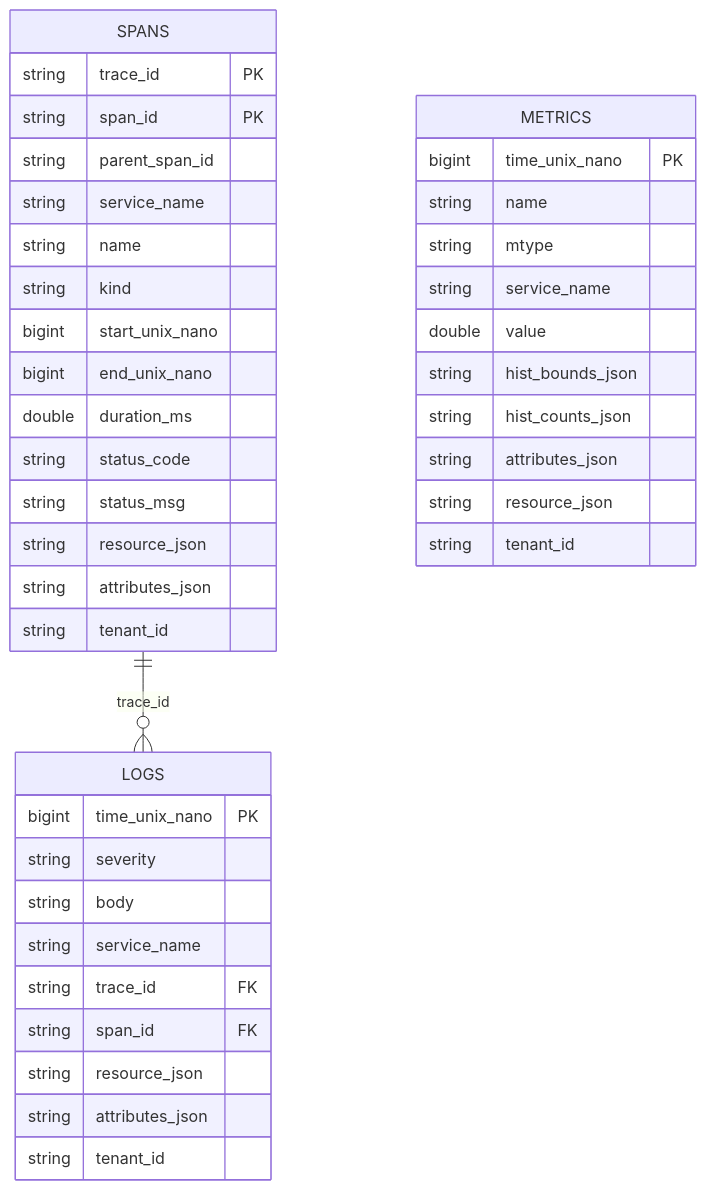
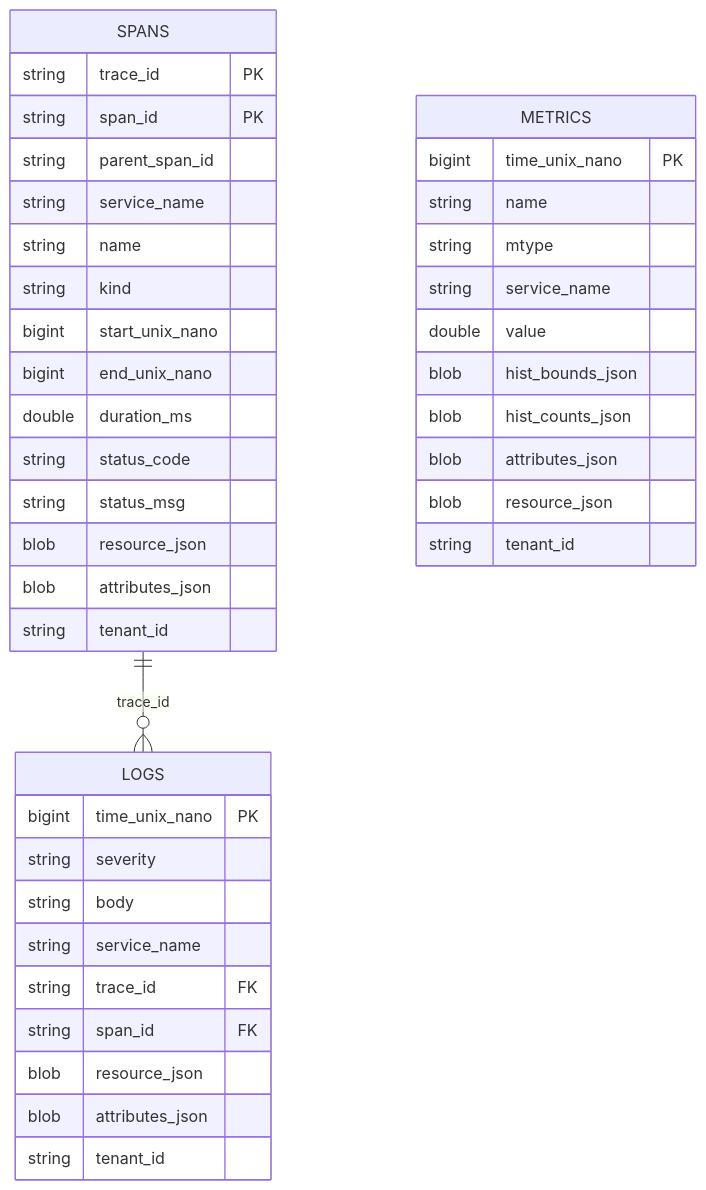
The fifth of 6 diagrams in CLAUDE.md (labstack/fanout), drawn with Mermaid before and after one commit. The commit also changed 8 other files, not shown here.

````diff
--- a/CLAUDE.md
+++ b/CLAUDE.md
@@ -220,46 +220,46 @@
 ```mermaid
 erDiagram
     SPANS {
         string trace_id PK
         string span_id PK
         string parent_span_id
         string service_name
         string name
         string kind
         bigint start_unix_nano
         bigint end_unix_nano
         double duration_ms
         string status_code
         string status_msg
-        string resource_json
-        string attributes_json
+        blob resource_json
+        blob attributes_json
         string tenant_id
     }
 
     LOGS {
         bigint time_unix_nano PK
         string severity
         string body
         string service_name
         string trace_id FK
         string span_id FK
-        string resource_json
-        string attributes_json
+        blob resource_json
+        blob attributes_json
         string tenant_id
     }
 
     METRICS {
         bigint time_unix_nano PK
         string name
         string mtype
         string service_name
         double value
-        string hist_bounds_json
-        string hist_counts_json
-        string attributes_json
-        string resource_json
+        blob hist_bounds_json
+        blob hist_counts_json
+        blob attributes_json
+        blob resource_json
         string tenant_id
     }
 
     SPANS ||--o{ LOGS : "trace_id"
 ```
````
